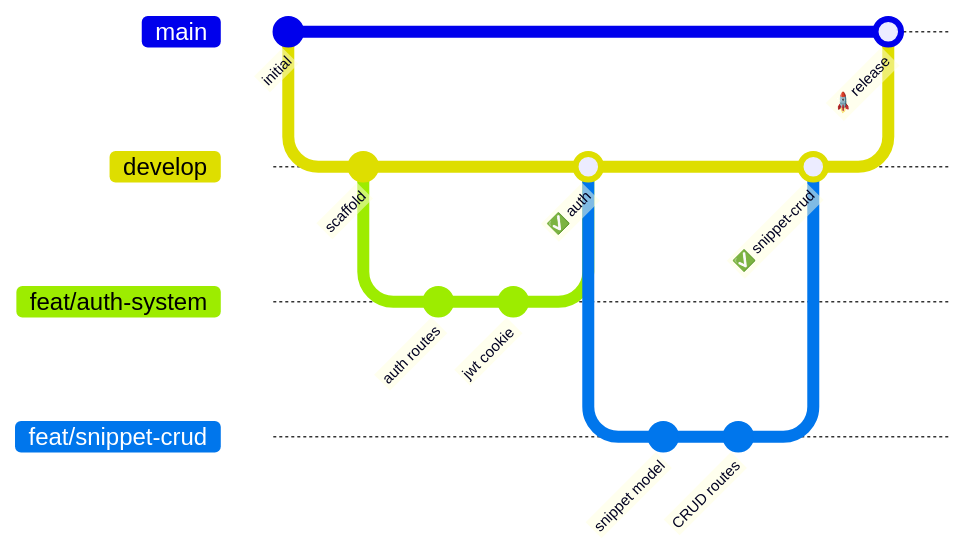
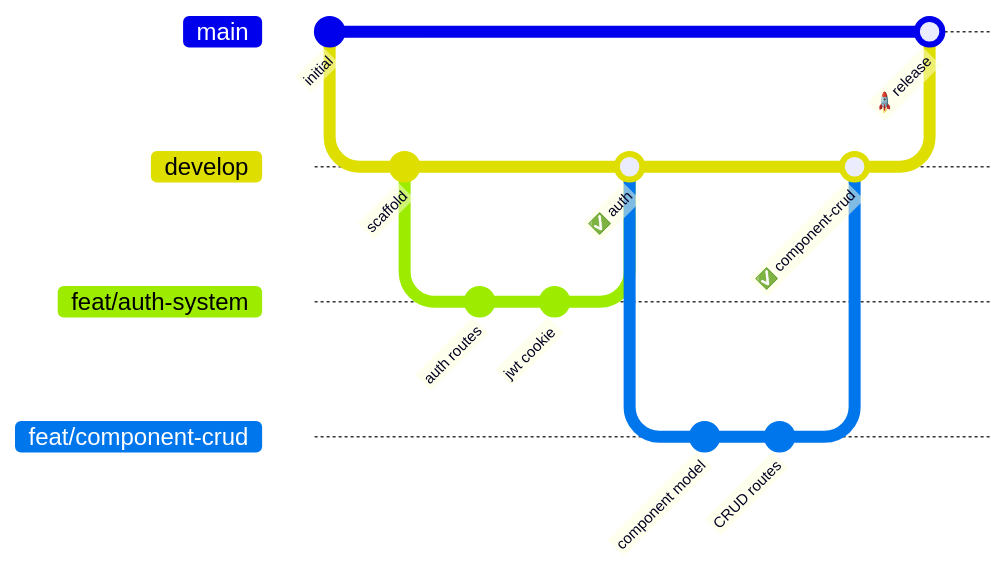
Before and after one commit to FieldPs/DevVault: the second of 4 diagrams in docs/GUIDELINES.md, drawn with Mermaid. The commit also changed other lines of this file and 1 other file, not shown here.

Commit message:
docs: update implementation plan to reflect component CRUD completion

````diff
--- a/docs/GUIDELINES.md
+++ b/docs/GUIDELINES.md
@@ -288,21 +289,21 @@
 ```mermaid
 gitGraph
     commit id: "initial"
     branch develop
     checkout develop
     commit id: "scaffold"
     branch feat/auth-system
     checkout feat/auth-system
     commit id: "auth routes"
     commit id: "jwt cookie"
     checkout develop
     merge feat/auth-system id: "✅ auth"
-    branch feat/snippet-crud
-    checkout feat/snippet-crud
-    commit id: "snippet model"
+    branch feat/component-crud
+    checkout feat/component-crud
+    commit id: "component model"
     commit id: "CRUD routes"
     checkout develop
-    merge feat/snippet-crud id: "✅ snippet-crud"
+    merge feat/component-crud id: "✅ component-crud"
     checkout main
     merge develop id: "🚀 release"
 ```
````
